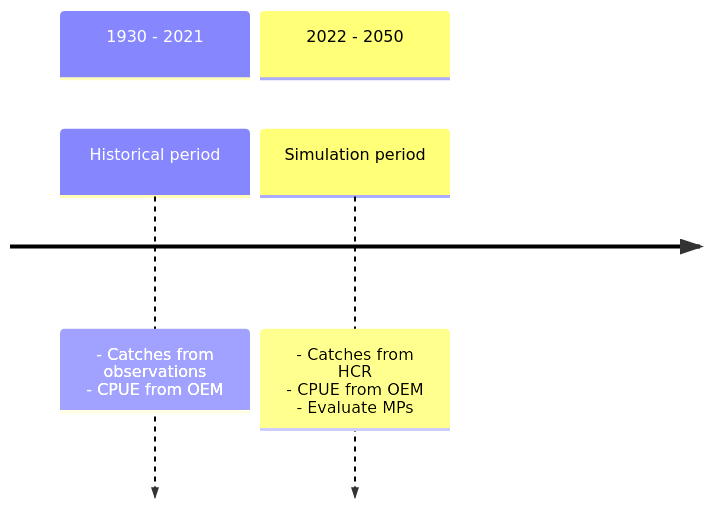
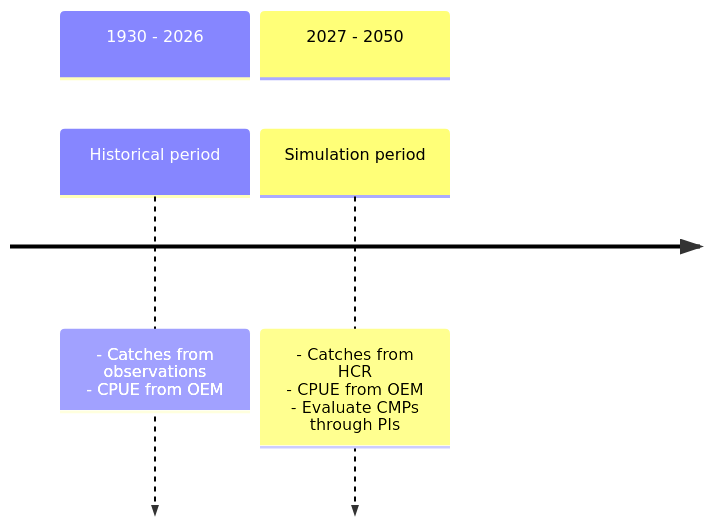
Before and after one commit to ICCAT/nalb-mse-2: the diagram in docs/Cons_Doc/Cons_Doc.qmd, drawn with Mermaid. The commit also changed other lines of this file and 9 other files, not shown here.

````diff
--- a/docs/Cons_Doc/Cons_Doc.qmd
+++ b/docs/Cons_Doc/Cons_Doc.qmd
@@ -228,9 +195,9 @@
 ```{mermaid}
 %%| label: fig-time
 %%| fig-cap: Periods in the MSE and main differences between them.
 timeline
-    section 1930 - 2021
+    section 1930 - 2026
         Historical period : - Catches from observations <br> - CPUE from OEM
-    section 2022 - 2050
-        Simulation period : - Catches from HCR <br> - CPUE from OEM <br> - Evaluate MPs
+    section 2027 - 2050
+        Simulation period : - Catches from HCR <br> - CPUE from OEM <br> - Evaluate CMPs through PIs
 ```
````
